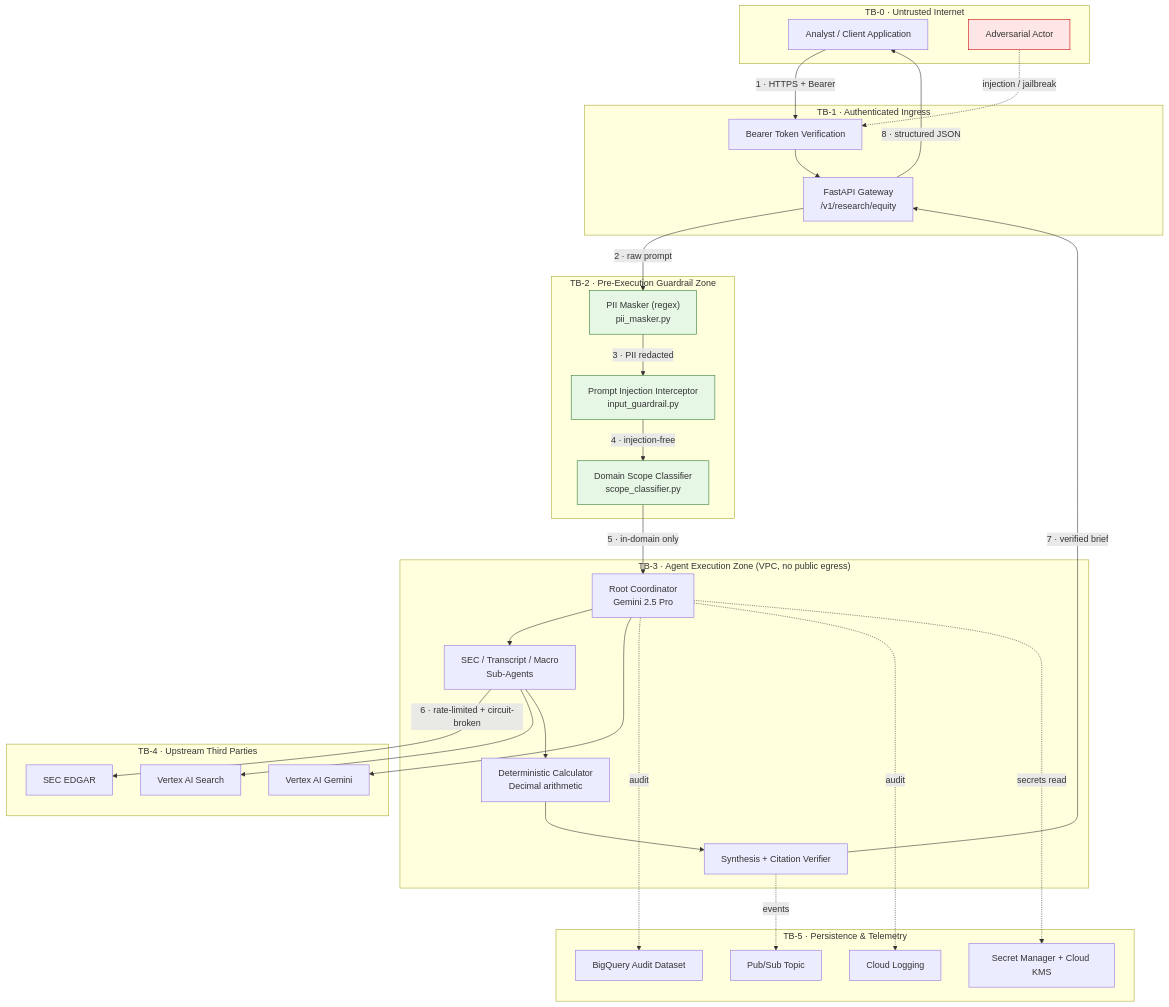
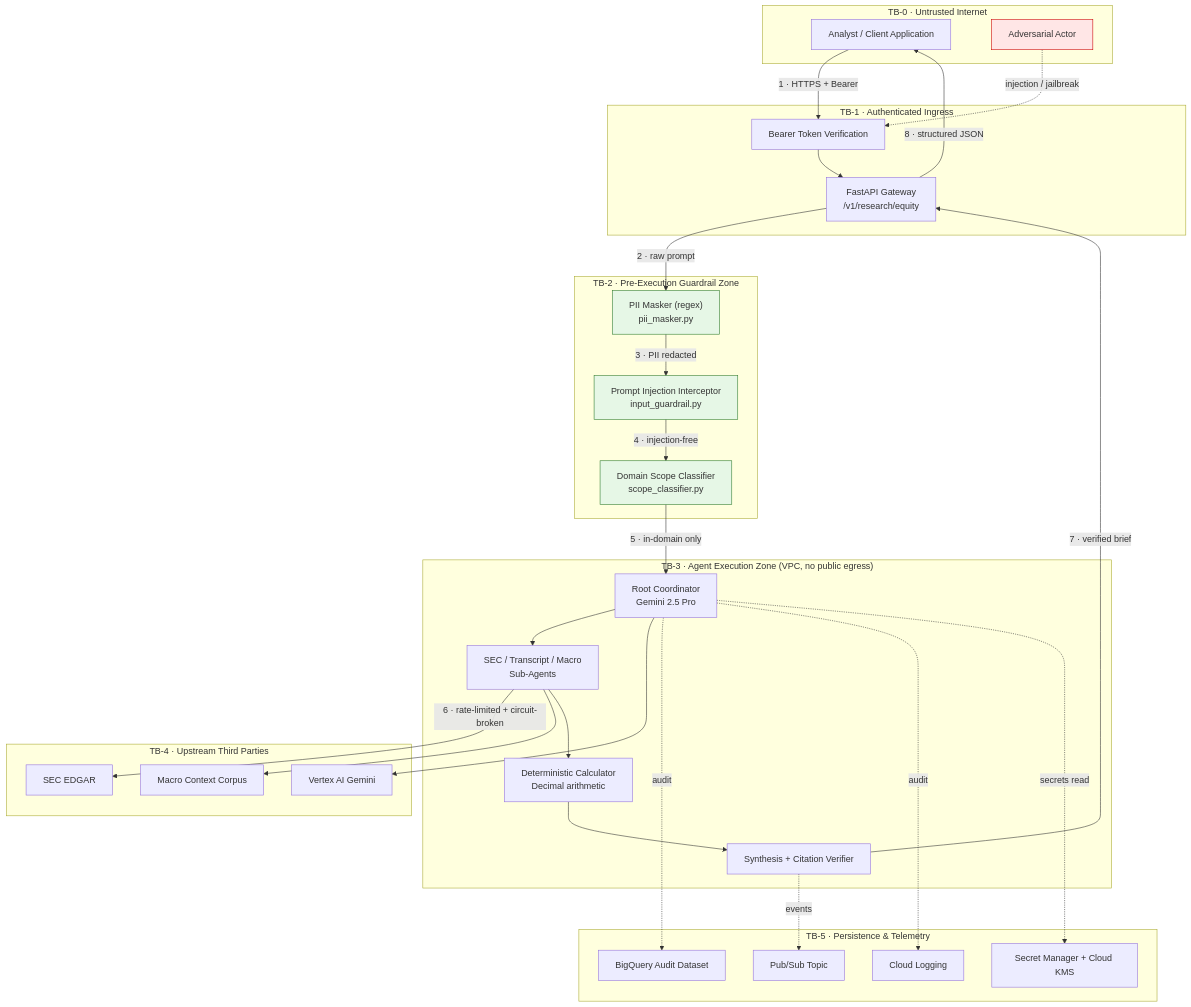
The diagram in docs/threat_model.md (Ignotus-21/Finance-Agent---Investment-Research-Agent), drawn with Mermaid before and after one commit. The commit also changed other lines of this file and 27 other files, not shown here.

````diff
--- a/docs/threat_model.md
+++ b/docs/threat_model.md
@@ -38,65 +38,65 @@
 ```mermaid
 flowchart TB
     subgraph TB0["TB-0 · Untrusted Internet"]
         Analyst["Analyst / Client Application"]
         Attacker["Adversarial Actor"]
     end
 
     subgraph TB1["TB-1 · Authenticated Ingress"]
         Gateway["FastAPI Gateway<br/>/v1/research/equity"]
         Auth["Bearer Token Verification"]
     end
 
     subgraph TB2["TB-2 · Pre-Execution Guardrail Zone"]
         DLP["PII Masker (regex)<br/>pii_masker.py"]
         Injection["Prompt Injection Interceptor<br/>input_guardrail.py"]
         Scope["Domain Scope Classifier<br/>scope_classifier.py"]
     end
 
     subgraph TB3["TB-3 · Agent Execution Zone (VPC, no public egress)"]
         Root["Root Coordinator<br/>Gemini 2.5 Pro"]
         Subs["SEC / Transcript / Macro<br/>Sub-Agents"]
         Calc["Deterministic Calculator<br/>Decimal arithmetic"]
         Synth["Synthesis + Citation Verifier"]
     end
 
     subgraph TB4["TB-4 · Upstream Third Parties"]
         EDGAR["SEC EDGAR"]
-        VSearch["Vertex AI Search"]
+        VSearch["Macro Context Corpus"]
         Gemini["Vertex AI Gemini"]
     end
 
     subgraph TB5["TB-5 · Persistence & Telemetry"]
         BQ["BigQuery Audit Dataset"]
         CLog["Cloud Logging"]
         SM["Secret Manager + Cloud KMS"]
         PS["Pub/Sub Topic"]
     end
 
     Analyst -->|"1 · HTTPS + Bearer"| Auth
     Attacker -.->|"injection / jailbreak"| Auth
     Auth --> Gateway
     Gateway -->|"2 · raw prompt"| DLP
     DLP -->|"3 · PII redacted"| Injection
     Injection -->|"4 · injection-free"| Scope
     Scope -->|"5 · in-domain only"| Root
 
     Root --> Subs
     Subs -->|"6 · rate-limited + circuit-broken"| EDGAR
     Subs --> VSearch
     Root --> Gemini
     Subs --> Calc
     Calc --> Synth
     Synth -->|"7 · verified brief"| Gateway
     Gateway -->|"8 · structured JSON"| Analyst
 
     Root -.->|audit| BQ
     Root -.->|audit| CLog
     Root -.->|secrets read| SM
     Synth -.->|events| PS
 
     classDef danger fill:#ffe6e6,stroke:#cc0000
     classDef guard fill:#e6f7e6,stroke:#2d7a2d
     class Attacker danger
     class DLP,Injection,Scope guard
 ```
````
